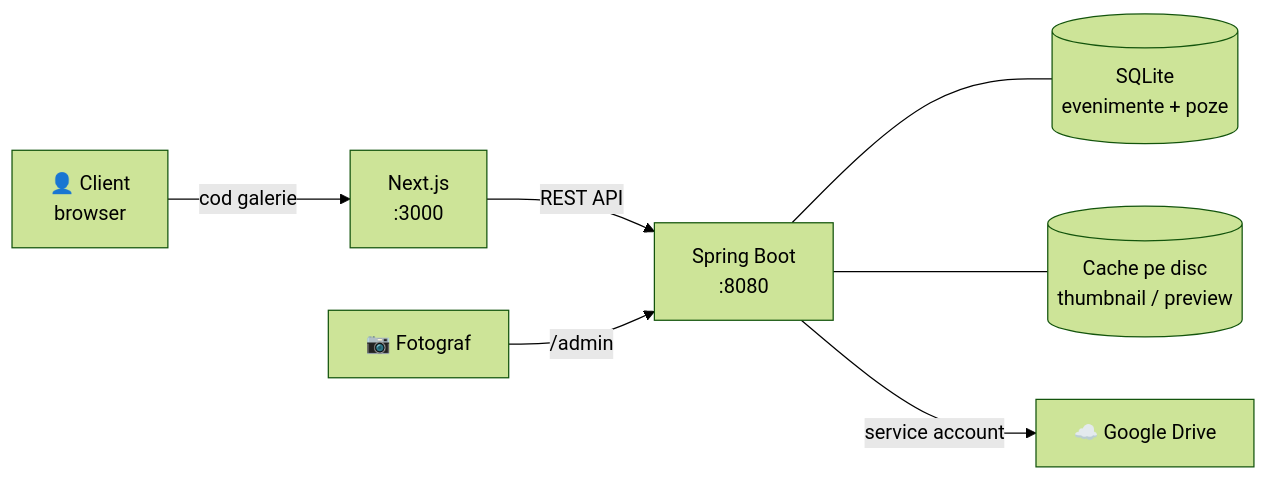
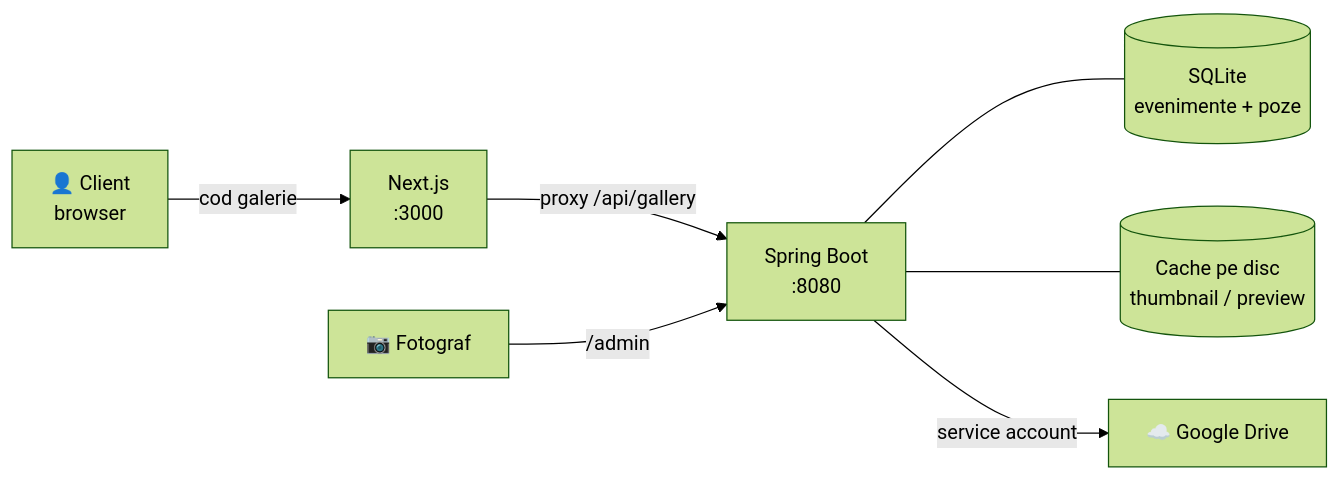
The diagram in README.md (crisanalex15/FotoIT.v2), drawn with Mermaid (forest theme) before and after one commit. The commit also changed other lines of this file and 10 other files, not shown here.

````diff
--- a/README.md
+++ b/README.md
@@ -60,9 +60,9 @@
 ```mermaid
 flowchart LR
     C["👤 Client<br/>browser"] -->|"cod galerie"| F["Next.js<br/>:3000"]
-    F -->|"REST API"| B["Spring Boot<br/>:8080"]
+    F -->|"proxy /api/gallery"| B["Spring Boot<br/>:8080"]
     A["📷 Fotograf"] -->|"/admin"| B
     B --- DB[("SQLite<br/>evenimente + poze")]
     B --- CA[("Cache pe disc<br/>thumbnail / preview")]
     B -->|"service account"| GD["☁️ Google Drive"]
 ```
````
